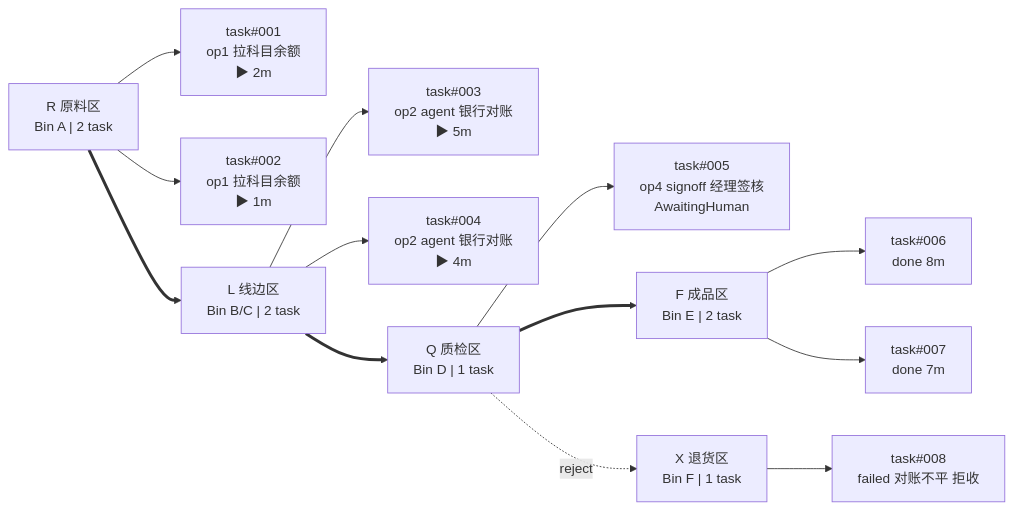
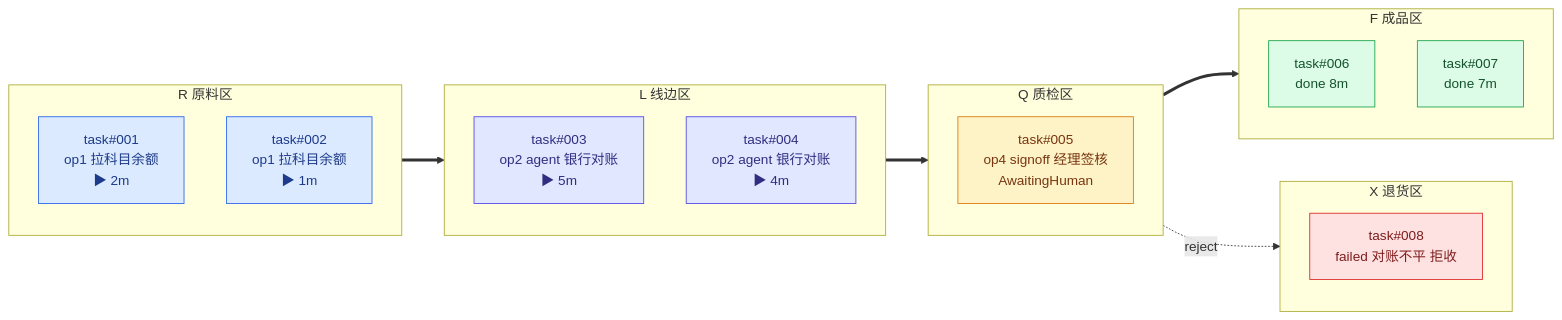
The second of 4 diagrams in docs/architecture/kernel-design.md (chehuizi/beeOS), drawn with Mermaid before and after one commit.

Commit message:
docs: §3.1 看板视图恢复 5 个 subgraph 分组 + 5 种库区色
之前重写时（7a1e070）去掉了 5 个 subgraph，5 个库区变成平铺节点，task
卡片从库区节点流出连线，整图视觉混乱，没有 Trello 5 列对齐感。

现在恢复 5 个 subgraph（R/L/Q/F/X），每列一个，flowchart LR 让 5 列从左
到右自然横排。task 卡片堆叠在 subgraph 内，5 种库区色 classDef 给 task
卡片按所在库区着色（原料蓝/线边紫/质检黄/成品绿/退货红）。

subgraph ID 全英文、label 用最稳纯文本（'R 原料区'），跟 §1 / §4 风格统一。

````diff
--- a/docs/architecture/kernel-design.md
+++ b/docs/architecture/kernel-design.md
@@ -120,28 +120,39 @@
 ```mermaid
 flowchart LR
-  R["R 原料区\nBin A | 2 task"]
-  R1["task#001\nop1 拉科目余额\n▶ 2m"]
-  R2["task#002\nop1 拉科目余额\n▶ 1m"]
-  L["L 线边区\nBin B/C | 2 task"]
-  L1["task#003\nop2 agent 银行对账\n▶ 5m"]
-  L2["task#004\nop2 agent 银行对账\n▶ 4m"]
-  Q["Q 质检区\nBin D | 1 task"]
-  Q1["task#005\nop4 signoff 经理签核\nAwaitingHuman"]
-  F["F 成品区\nBin E | 2 task"]
-  F1["task#006\ndone 8m"]
-  F2["task#007\ndone 7m"]
-  X["X 退货区\nBin F | 1 task"]
-  X1["task#008\nfailed 对账不平 拒收"]
-
-  R --> R1
-  R --> R2
-  L --> L1
-  L --> L2
-  Q --> Q1
-  F --> F1
-  F --> F2
-  X --> X1
+  subgraph R["R 原料区"]
+    R1["task#001\nop1 拉科目余额\n▶ 2m"]
+    R2["task#002\nop1 拉科目余额\n▶ 1m"]
+  end
+  subgraph L["L 线边区"]
+    L1["task#003\nop2 agent 银行对账\n▶ 5m"]
+    L2["task#004\nop2 agent 银行对账\n▶ 4m"]
+  end
+  subgraph Q["Q 质检区"]
+    Q1["task#005\nop4 signoff 经理签核\nAwaitingHuman"]
+  end
+  subgraph F["F 成品区"]
+    F1["task#006\ndone 8m"]
+    F2["task#007\ndone 7m"]
+  end
+  subgraph X["X 退货区"]
+    X1["task#008\nfailed 对账不平 拒收"]
+  end
 
   R ==> L ==> Q ==> F
   Q -. reject .-> X
+
+  classDef raw fill:#dbeafe,stroke:#2563eb,color:#1e3a8a
+  classDef line fill:#e0e7ff,stroke:#4f46e5,color:#312e81
+  classDef qc fill:#fef3c7,stroke:#d97706,color:#78350f
+  classDef fin fill:#dcfce7,stroke:#16a34a,color:#14532d
+  classDef ret fill:#fee2e2,stroke:#dc2626,color:#7f1d1d
+
+  class R1 raw
+  class R2 raw
+  class L1 line
+  class L2 line
+  class Q1 qc
+  class F1 fin
+  class F2 fin
+  class X1 ret
 ```
````
